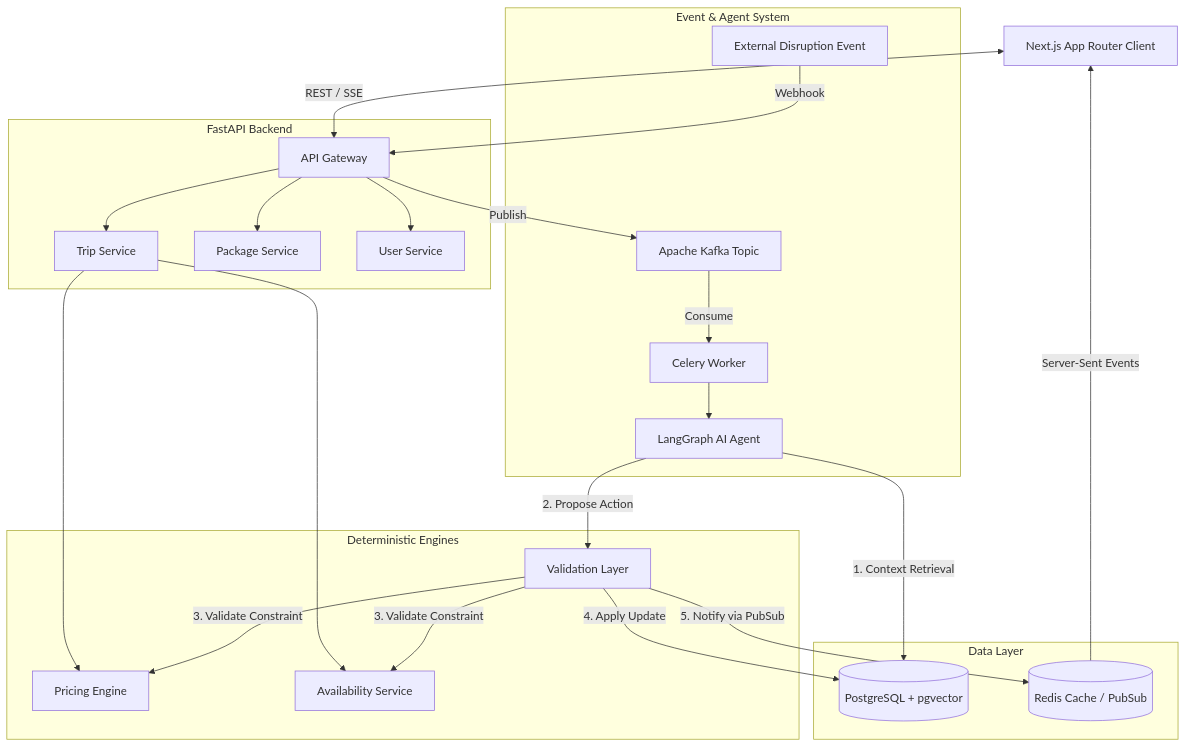
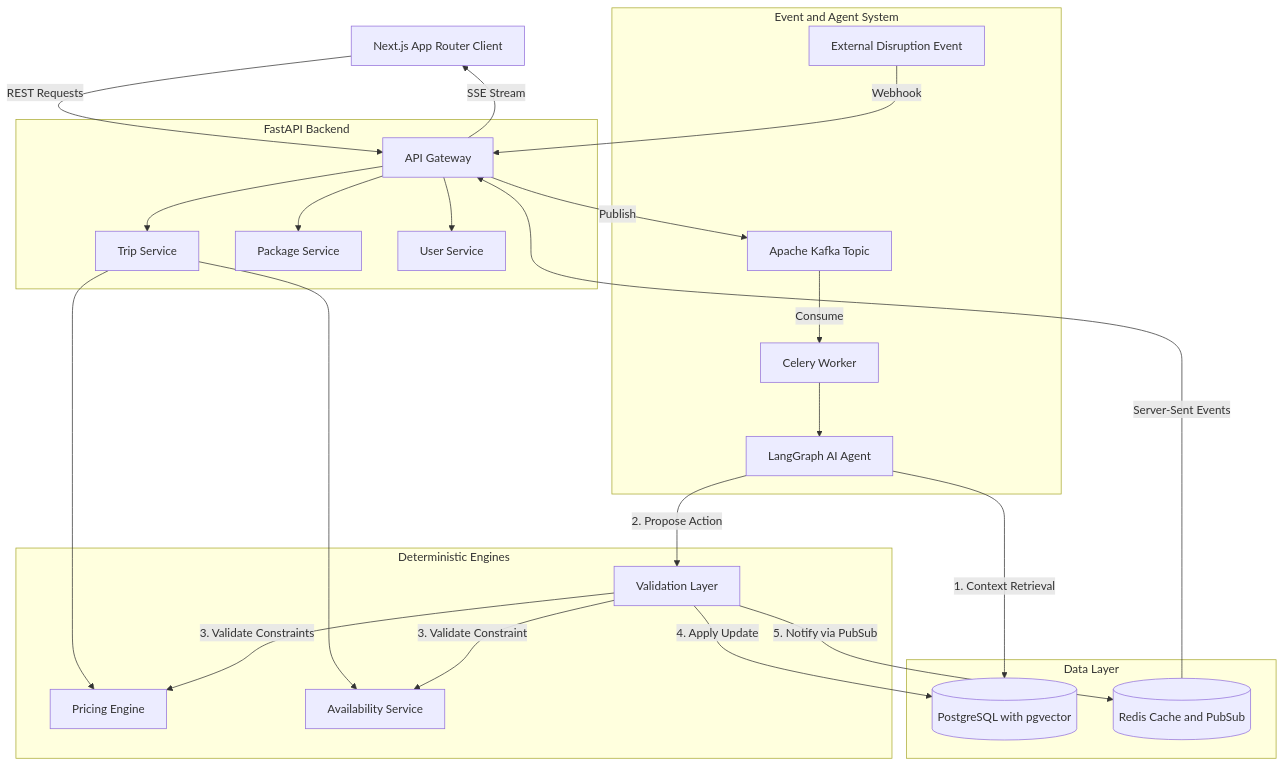
Before and after one commit to Darshan-aiml/Orion: the first of 3 diagrams in README.md, drawn with Mermaid. The commit also changed other lines of this file, not shown here.

Commit message:
docs: fix mermaid diagrams, remove emojis, add system design and capacity planning

````diff
--- a/README.md
+++ b/README.md
@@ -25,51 +27,50 @@
 ```mermaid
-flowchart TD
-    %% Frontend Layer
+graph TD
     Client[Next.js App Router Client]
     
-    %% API Gateway & Services
-    subgraph FastAPI Backend
+    subgraph FastAPI_Backend[FastAPI Backend]
         API[API Gateway]
         TS[Trip Service]
         PS[Package Service]
         US[User Service]
     end
     
-    %% Deterministic Engines
-    subgraph Deterministic Engines
+    subgraph Deterministic_Engines[Deterministic Engines]
         PE[Pricing Engine]
         AS[Availability Service]
         Val[Validation Layer]
     end
     
-    %% Event & Agent System
-    subgraph Event & Agent System
+    subgraph Event_Agent_System[Event and Agent System]
         ExtEvent[External Disruption Event]
         Kafka[Apache Kafka Topic]
         Celery[Celery Worker]
         LangGraph[LangGraph AI Agent]
     end
     
-    %% Data Layer
-    subgraph Data Layer
-        DB[(PostgreSQL + pgvector)]
-        Redis[(Redis Cache / PubSub)]
+    subgraph Data_Layer[Data Layer]
+        DB[(PostgreSQL with pgvector)]
+        Redis[(Redis Cache and PubSub)]
     end
 
-    %% Flow
-    Client <-->|REST / SSE| API
-    API --> TS & PS & US
-    TS --> PE & AS
+    Client -->|REST Requests| API
+    API -->|SSE Stream| Client
+    API --> TS
+    API --> PS
+    API --> US
+    TS --> PE
+    TS --> AS
     
     ExtEvent -->|Webhook| API
     API -->|Publish| Kafka
     Kafka -->|Consume| Celery
     Celery --> LangGraph
     
     LangGraph -->|1. Context Retrieval| DB
     LangGraph -->|2. Propose Action| Val
-    Val -->|3. Validate Constraint| AS & PE
+    Val -->|3. Validate Constraint| AS
+    Val -->|3. Validate Constraints| PE
     Val -->|4. Apply Update| DB
     Val -->|5. Notify via PubSub| Redis
-    Redis -->|Server-Sent Events| Client
+    Redis -->|Server-Sent Events| API
 ```
````
